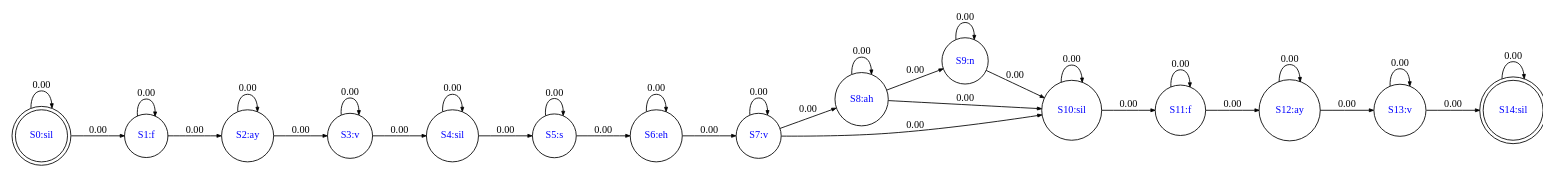
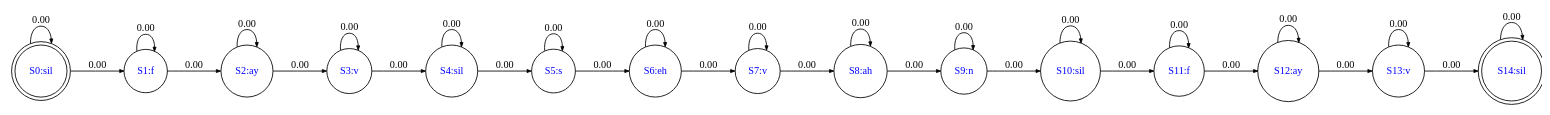
Before and after one commit to compi1234/spchlab: the diagram in lab09_hmm2/HMM.gv, drawn with Graphviz. The commit also changed 6 other files, not shown here.

```diff
--- a/lab09_hmm2/HMM.gv
+++ b/lab09_hmm2/HMM.gv
@@ -1,52 +1,50 @@
 digraph HMM {
 	rank=same rankdir=LR size=20 splines=true
 	node [fillcolor=blue fontcolor=blue fontsize=12 group=base shape=circle]
 	edge [arrowsize=0.5 fontsize=12]
 	S1 [label="S1:f"]
 	S2 [label="S2:ay"]
 	S3 [label="S3:v"]
 	S4 [label="S4:sil"]
 	S5 [label="S5:s"]
 	S6 [label="S6:eh"]
 	S7 [label="S7:v"]
 	S8 [label="S8:ah"]
 	S9 [label="S9:n"]
 	S10 [label="S10:sil"]
 	S11 [label="S11:f"]
 	S12 [label="S12:ay"]
 	S13 [label="S13:v"]
 	node [shape=doublecircle]
 	S0 [label="S0:sil"]
 	S14 [label="S14:sil"]
 	S0 -> S0 [label=0.00]
 	S0 -> S1 [label=0.00]
 	S1 -> S1 [label=0.00]
 	S1 -> S2 [label=0.00]
 	S2 -> S2 [label=0.00]
 	S2 -> S3 [label=0.00]
 	S3 -> S3 [label=0.00]
 	S3 -> S4 [label=0.00]
 	S4 -> S4 [label=0.00]
 	S4 -> S5 [label=0.00]
 	S5 -> S5 [label=0.00]
 	S5 -> S6 [label=0.00]
 	S6 -> S6 [label=0.00]
 	S6 -> S7 [label=0.00]
 	S7 -> S7 [label=0.00]
 	S7 -> S8 [label=0.00]
-	S7 -> S10 [label=0.00]
 	S8 -> S8 [label=0.00]
 	S8 -> S9 [label=0.00]
-	S8 -> S10 [label=0.00]
 	S9 -> S9 [label=0.00]
 	S9 -> S10 [label=0.00]
 	S10 -> S10 [label=0.00]
 	S10 -> S11 [label=0.00]
 	S11 -> S11 [label=0.00]
 	S11 -> S12 [label=0.00]
 	S12 -> S12 [label=0.00]
 	S12 -> S13 [label=0.00]
 	S13 -> S13 [label=0.00]
 	S13 -> S14 [label=0.00]
 	S14 -> S14 [label=0.00]
 }
```
